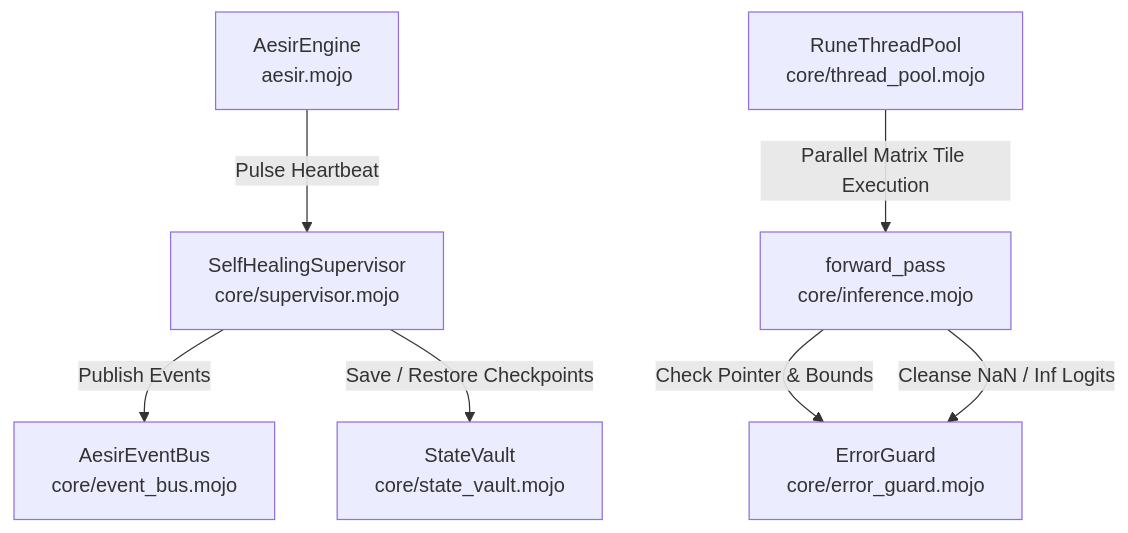
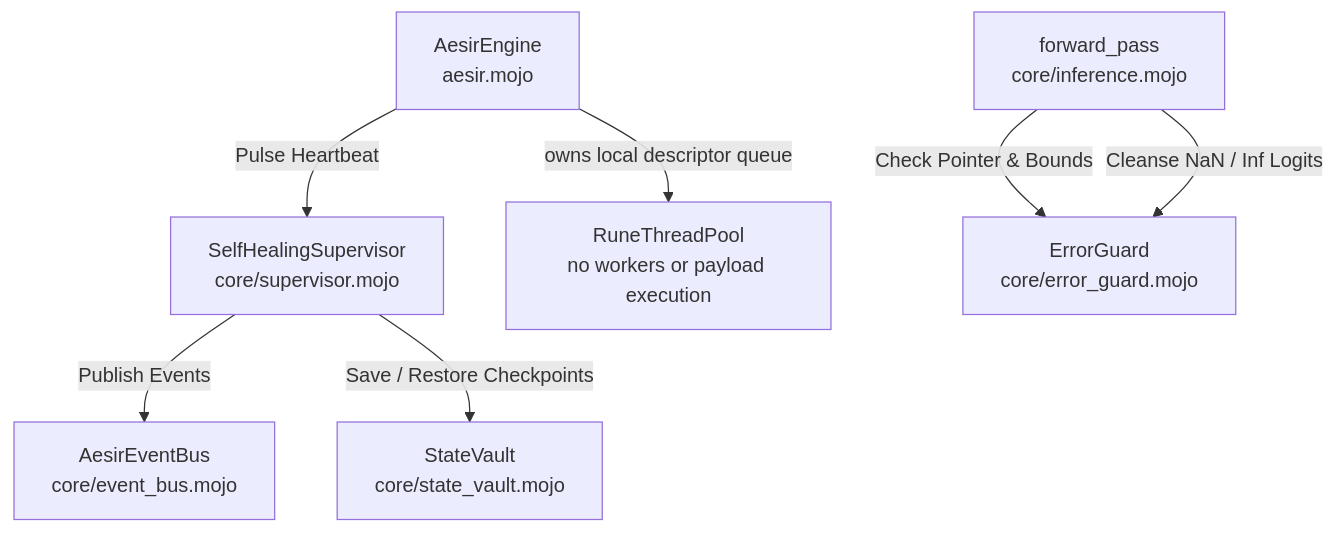
Before and after one commit to hrabanazviking/RuneForgeAI-Project-Aesir: the second of 9 diagrams in docs/ARCHITECTURE.md, drawn with Mermaid. The commit also changed other lines of this file and 10 other files, not shown here.

````diff
--- a/docs/ARCHITECTURE.md
+++ b/docs/ARCHITECTURE.md
@@ -226,11 +226,11 @@
 ```mermaid
 graph TD
     Engine[AesirEngine<br/>aesir.mojo] -->|Pulse Heartbeat| Sup[SelfHealingSupervisor<br/>core/supervisor.mojo]
     Sup -->|Publish Events| Bus[AesirEventBus<br/>core/event_bus.mojo]
     Sup -->|Save / Restore Checkpoints| Vault[StateVault<br/>core/state_vault.mojo]
     
     Inference[forward_pass<br/>core/inference.mojo] -->|Check Pointer & Bounds| Guard[ErrorGuard<br/>core/error_guard.mojo]
     Inference -->|Cleanse NaN / Inf Logits| Guard
     
-    Pool[RuneThreadPool<br/>core/thread_pool.mojo] -->|Parallel Matrix Tile Execution| Inference
+    Engine -->|owns local descriptor queue| Pool[RuneThreadPool<br/>no workers or payload execution]
 ```
````
